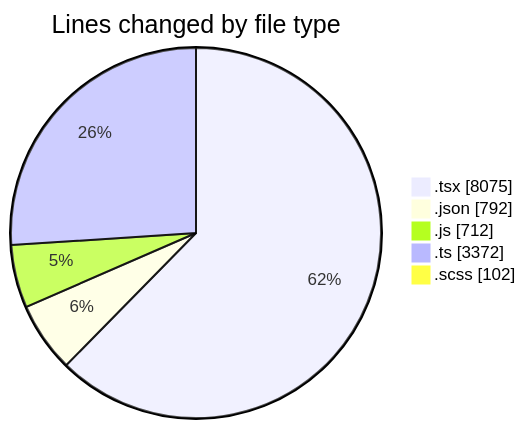
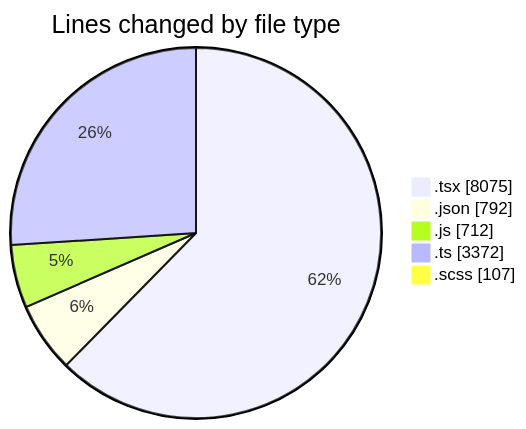
One commit to momahboobian/code-tracking changed the first of 2 diagrams in 2026-08-07/cda/README.md. Above: the diagram before and after it, drawn with Mermaid. The commit also changed other lines of this file and 1 other file, not shown here.

````diff
--- a/2026-08-07/cda/README.md
+++ b/2026-08-07/cda/README.md
@@ -35,9 +35,9 @@
 ```mermaid
 pie showData
 title Lines changed by file type
 ".tsx" : 8075
 ".json" : 792
 ".js" : 712
 ".ts" : 3372
-".scss" : 102
+".scss" : 107
 ```
````
